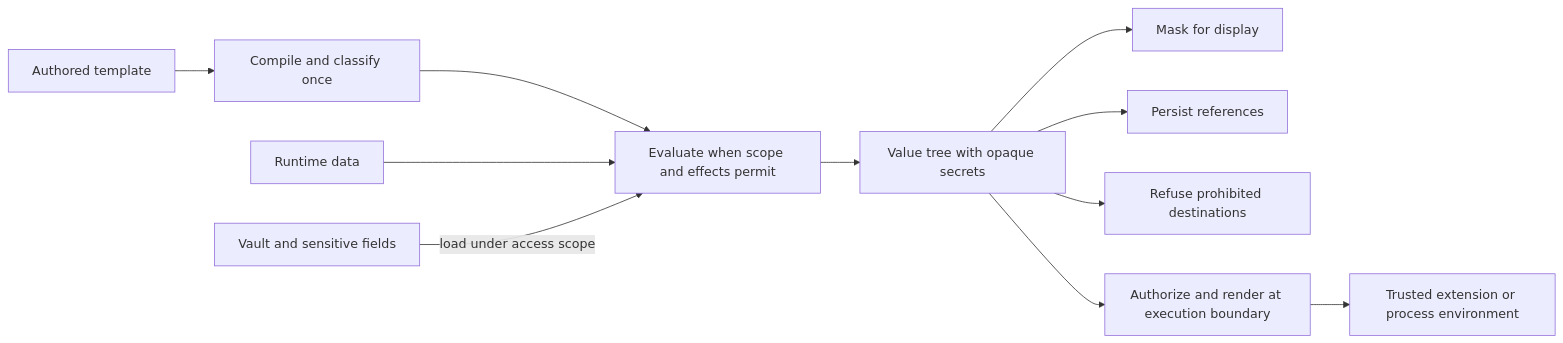
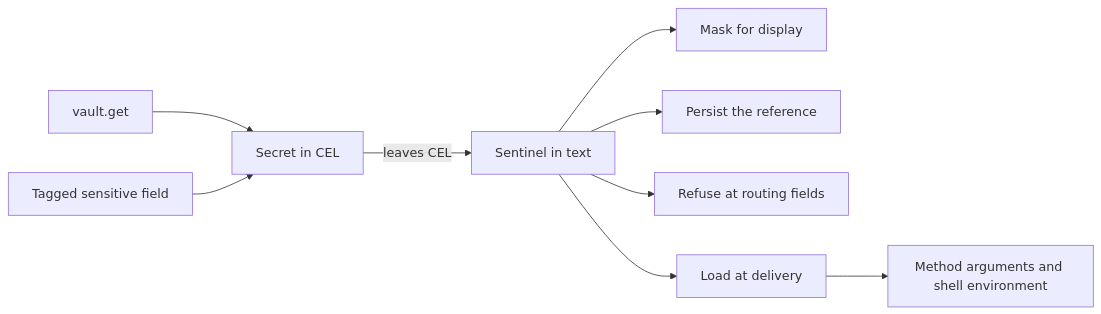
The diagram in design/enablers/typed-secrets.md (swamp-club/swamp), drawn with Mermaid before and after one commit. The commit also changed other lines of this file and 10 other files, not shown here.

First line of the commit message:
docs(typed-secrets): cut the plan so secrets stay references in the current engine, with no engine 2 (swamp-club#3545)

````diff
--- a/design/enablers/typed-secrets.md
+++ b/design/enablers/typed-secrets.md
@@ -41,13 +36,11 @@
 ```mermaid
 flowchart LR
-  A[Authored template] --> C[Compile and classify once]
-  C --> E[Evaluate when scope and effects permit]
-  D[Runtime data] --> E
-  S[Vault and sensitive fields] -->|load under access scope| E
-  E --> V[Value tree with opaque secrets]
-  V --> M[Mask for display]
-  V --> P[Persist references]
-  V --> R[Refuse prohibited destinations]
-  V --> B[Authorize and render at execution boundary]
-  B --> X[Trusted extension or process environment]
+  V[vault.get] --> S[Secret in CEL]
+  F[Tagged sensitive field] --> S
+  S -->|leaves CEL| T[Sentinel in text]
+  T --> M[Mask for display]
+  T --> P[Persist the reference]
+  T --> R[Refuse at routing fields]
+  T --> L[Load at delivery]
+  L --> X[Method arguments and shell environment]
 ```
````
